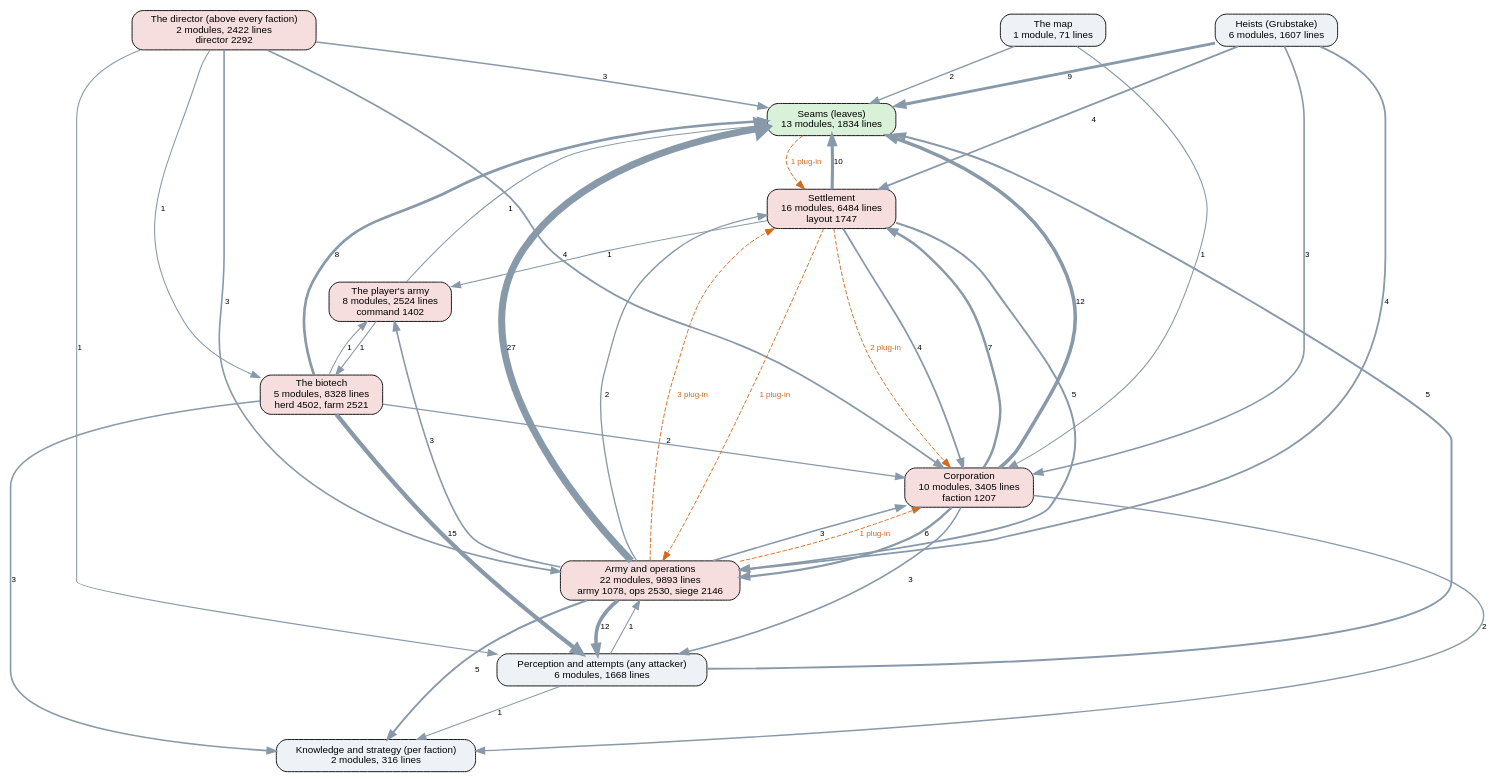
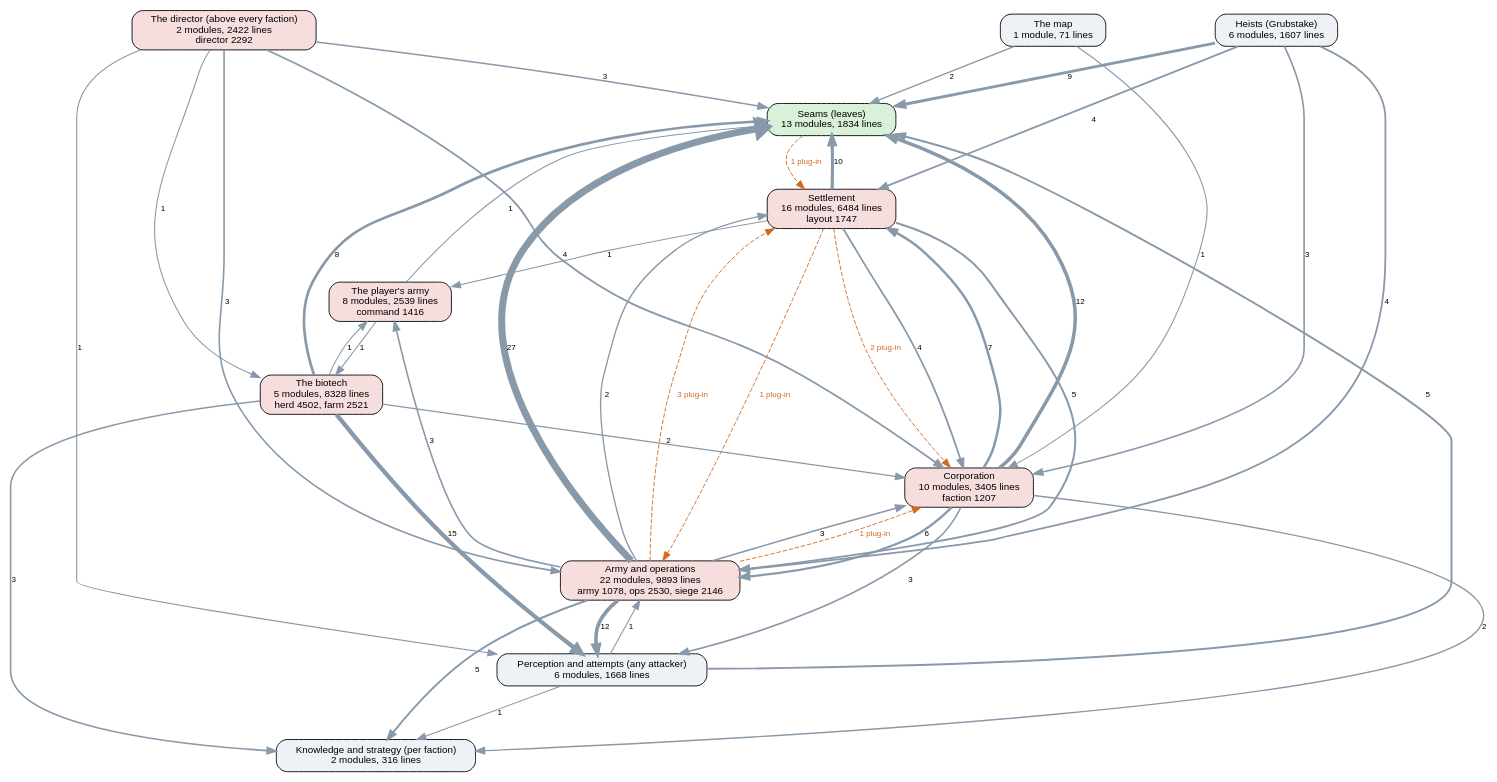
Before and after one commit to kinelhu/landing-party: the diagram in docs/ai-layers.dot, drawn with Graphviz. The commit also changed 16 other files, not shown here.

```diff
--- a/docs/ai-layers.dot
+++ b/docs/ai-layers.dot
@@ -1,57 +1,57 @@
 digraph layers {
   graph [rankdir=TB, fontname="Helvetica", nodesep=0.5, ranksep=0.7];
   node [shape=box, style="rounded,filled", fontname="Helvetica", fontsize=11, fillcolor="#eef2f7"];
   edge [color="#8899aa", fontname="Helvetica", fontsize=9];
   "Seams (leaves)" [label="Seams (leaves)\n13 modules, 1834 lines", fillcolor="#d9f0d9"];
   "Perception and attempts (any attacker)" [label="Perception and attempts (any attacker)\n6 modules, 1668 lines", fillcolor="#eef2f7"];
   "Knowledge and strategy (per faction)" [label="Knowledge and strategy (per faction)\n2 modules, 316 lines", fillcolor="#eef2f7"];
   "The director (above every faction)" [label="The director (above every faction)\n2 modules, 2422 lines\ndirector 2292", fillcolor="#f7dede"];
   "Corporation" [label="Corporation\n10 modules, 3405 lines\nfaction 1207", fillcolor="#f7dede"];
   "Settlement" [label="Settlement\n16 modules, 6484 lines\nlayout 1747", fillcolor="#f7dede"];
   "Army and operations" [label="Army and operations\n22 modules, 9893 lines\narmy 1078, ops 2530, siege 2146", fillcolor="#f7dede"];
   "Heists (Grubstake)" [label="Heists (Grubstake)\n6 modules, 1607 lines", fillcolor="#eef2f7"];
   "The biotech" [label="The biotech\n5 modules, 8328 lines\nherd 4502, farm 2521", fillcolor="#f7dede"];
   "The map" [label="The map\n1 module, 71 lines", fillcolor="#eef2f7"];
-  "The player's army" [label="The player's army\n8 modules, 2524 lines\ncommand 1402", fillcolor="#f7dede"];
+  "The player's army" [label="The player's army\n8 modules, 2539 lines\ncommand 1416", fillcolor="#f7dede"];
   "Army and operations" -> "Corporation" [label="3", penwidth=1.8];
   "Army and operations" -> "Knowledge and strategy (per faction)" [label="5", penwidth=2.2];
   "Army and operations" -> "Perception and attempts (any attacker)" [label="12", penwidth=4.0];
   "Army and operations" -> "Seams (leaves)" [label="27", penwidth=7.8];
   "Army and operations" -> "Settlement" [label="2", penwidth=1.5];
   "Army and operations" -> "The player's army" [label="3", penwidth=1.8];
   "Corporation" -> "Army and operations" [label="6", penwidth=2.5];
   "Corporation" -> "Knowledge and strategy (per faction)" [label="2", penwidth=1.5];
   "Corporation" -> "Perception and attempts (any attacker)" [label="3", penwidth=1.8];
   "Corporation" -> "Seams (leaves)" [label="12", penwidth=4.0];
   "Corporation" -> "Settlement" [label="7", penwidth=2.8];
   "Heists (Grubstake)" -> "Army and operations" [label="4", penwidth=2.0];
   "Heists (Grubstake)" -> "Corporation" [label="3", penwidth=1.8];
   "Heists (Grubstake)" -> "Seams (leaves)" [label="9", penwidth=3.2];
   "Heists (Grubstake)" -> "Settlement" [label="4", penwidth=2.0];
   "Perception and attempts (any attacker)" -> "Army and operations" [label="1", penwidth=1.2];
   "Perception and attempts (any attacker)" -> "Knowledge and strategy (per faction)" [label="1", penwidth=1.2];
   "Perception and attempts (any attacker)" -> "Seams (leaves)" [label="5", penwidth=2.2];
   "Settlement" -> "Army and operations" [label="5", penwidth=2.2];
   "Settlement" -> "Corporation" [label="4", penwidth=2.0];
   "Settlement" -> "Seams (leaves)" [label="10", penwidth=3.5];
   "Settlement" -> "The player's army" [label="1", penwidth=1.2];
   "The biotech" -> "Corporation" [label="2", penwidth=1.5];
   "The biotech" -> "Knowledge and strategy (per faction)" [label="3", penwidth=1.8];
   "The biotech" -> "Perception and attempts (any attacker)" [label="15", penwidth=4.8];
   "The biotech" -> "Seams (leaves)" [label="8", penwidth=3.0];
   "The biotech" -> "The player's army" [label="1", penwidth=1.2];
   "The director (above every faction)" -> "Army and operations" [label="3", penwidth=1.8];
   "The director (above every faction)" -> "Corporation" [label="4", penwidth=2.0];
   "The director (above every faction)" -> "Perception and attempts (any attacker)" [label="1", penwidth=1.2];
   "The director (above every faction)" -> "Seams (leaves)" [label="3", penwidth=1.8];
   "The director (above every faction)" -> "The biotech" [label="1", penwidth=1.2];
   "The map" -> "Corporation" [label="1", penwidth=1.2];
   "The map" -> "Seams (leaves)" [label="2", penwidth=1.5];
   "The player's army" -> "Seams (leaves)" [label="1", penwidth=1.2];
   "The player's army" -> "The biotech" [label="1", penwidth=1.2];
   "Army and operations" -> "Corporation" [style=dashed, color="#d2691e", fontcolor="#d2691e", label="1 plug-in"];
   "Army and operations" -> "Settlement" [style=dashed, color="#d2691e", fontcolor="#d2691e", label="3 plug-in"];
   "Seams (leaves)" -> "Settlement" [style=dashed, color="#d2691e", fontcolor="#d2691e", label="1 plug-in"];
   "Settlement" -> "Army and operations" [style=dashed, color="#d2691e", fontcolor="#d2691e", label="1 plug-in"];
   "Settlement" -> "Corporation" [style=dashed, color="#d2691e", fontcolor="#d2691e", label="2 plug-in"];
 }
```
